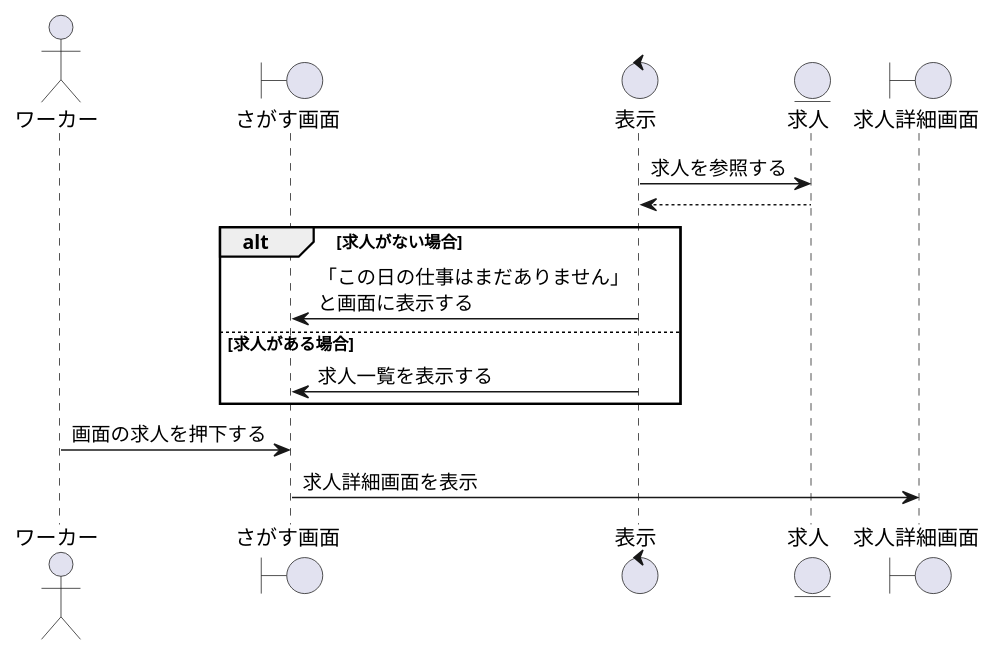
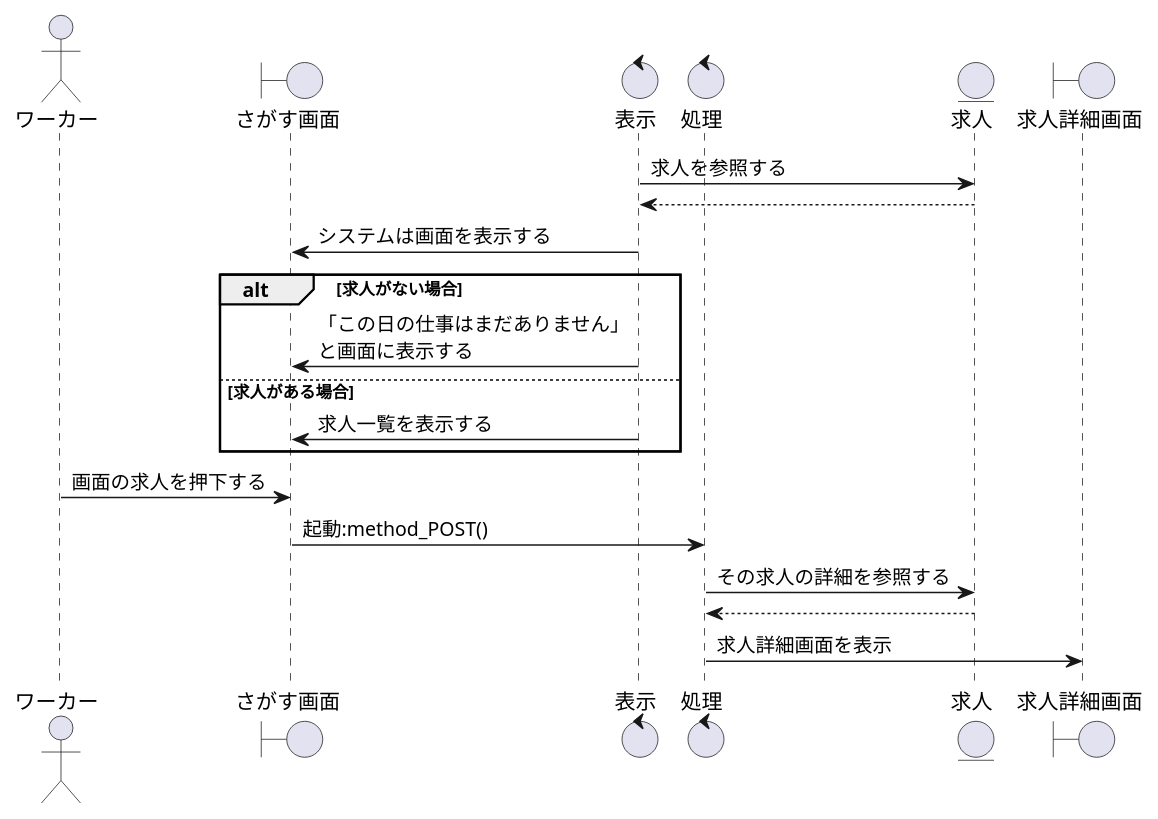
One commit to irukacb256/high_Me changed the diagram in sequence_fig/2_search_fn/02_求人の詳細を閲覧する.pu. Above: the diagram before and after it, drawn with PlantUML. The commit also changed 2 other files, not shown here.

```diff
--- a/sequence_fig/2_search_fn/02_求人の詳細を閲覧する.pu
+++ b/sequence_fig/2_search_fn/02_求人の詳細を閲覧する.pu
@@ -1,24 +1,28 @@
 @startuml 求人の詳細を閲覧する
 
 actor    ワーカー    as wo1
 boundary さがす画面  as sc1
 control  表示        as co1
+control  処理        as co2
 entity   求人        as jb1
 boundary 求人詳細画面 as jd1
 
 co1 -> jb1 : 求人を参照する
-jb1 --> co1 
+jb1 --> co1
+co1 -> sc1 : システムは画面を表示する 
 
 alt 求人がない場合 
     co1 -> sc1 : 「この日の仕事はまだありません」\nと画面に表示する
 
 else 求人がある場合
     co1 -> sc1 : 求人一覧を表示する
 
 end
 
 wo1 -> sc1 : 画面の求人を押下する
-
-sc1 -> jd1 : 求人詳細画面を表示
+sc1 -> co2 : 起動:method_POST()
+co2 -> jb1 : その求人の詳細を参照する
+co2 <-- jb1
+co2 -> jd1 : 求人詳細画面を表示
 
 @enduml
```
